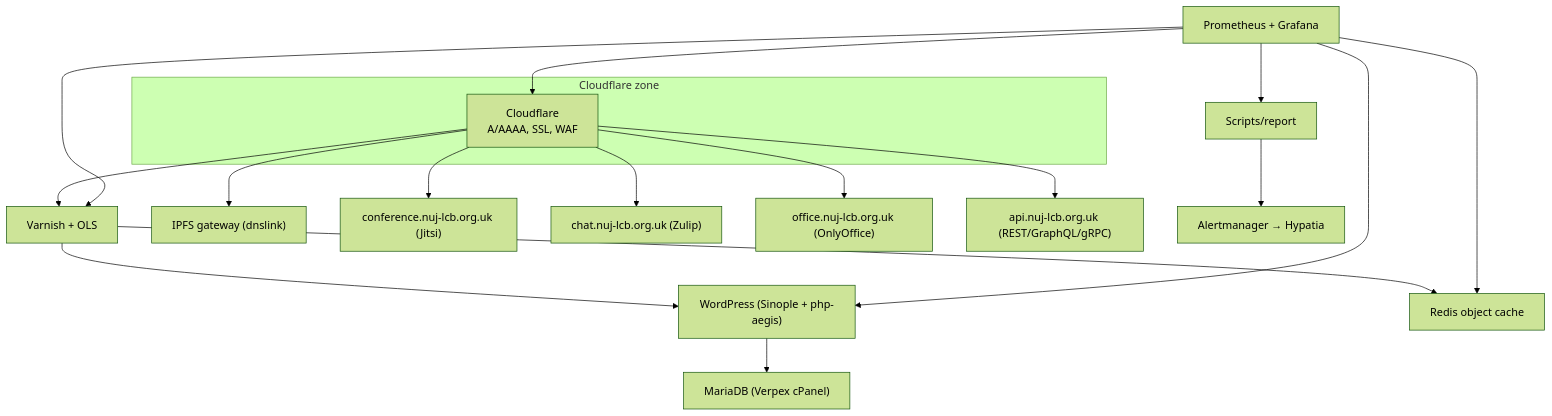
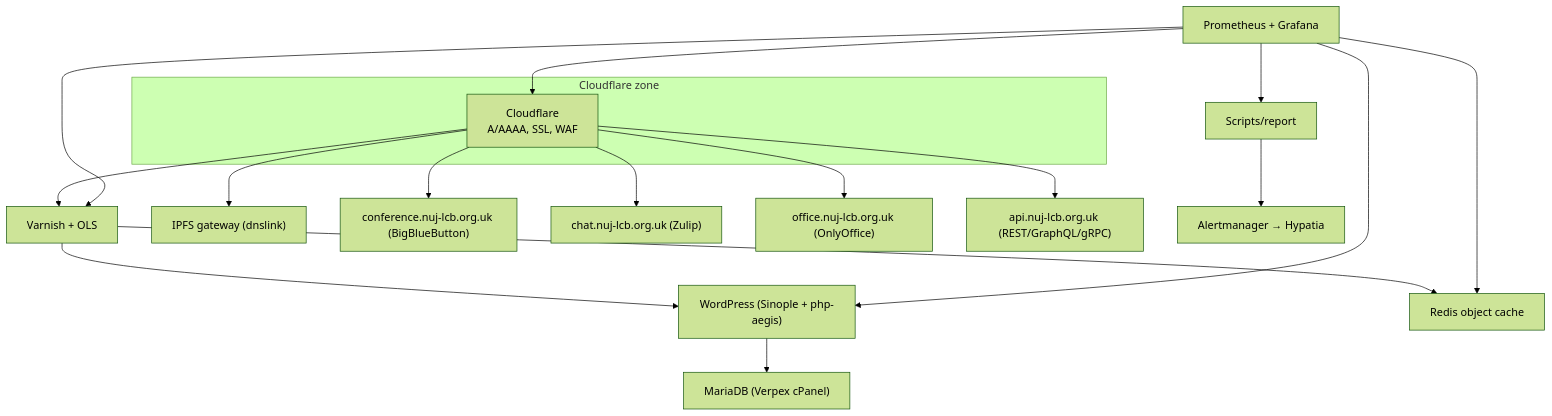
The diagram in business/public_relations/presentations/topology.adoc (hyperpolymath/lcb-website), drawn with Mermaid (forest theme) before and after one commit. The commit also changed other lines of this file and 13 other files, not shown here.

First line of the commit message:
docs: replace Jitsi with BigBlueButton and condense TOPOLOGY.md

```diff
--- a/business/public_relations/presentations/topology.adoc
+++ b/business/public_relations/presentations/topology.adoc
@@ -14,22 +14,22 @@
 [mermaid]
 ----
 flowchart TB
   subgraph Cloudflare zone
     CF["Cloudflare
 A/AAAA, SSL, WAF" ]
   end
   CF --> V[Varnish + OLS]
   V --> WP["WordPress (Sinople + php-aegis)"]
   V --> Redis["Redis object cache"]
   CF --> IPFS["IPFS gateway (dnslink)"]
-  CF --> Conference["conference.nuj-lcb.org.uk (Jitsi)"]
+  CF --> Conference["conference.nuj-lcb.org.uk (BigBlueButton)"]
   CF --> Chat["chat.nuj-lcb.org.uk (Zulip)"]
   CF --> Office["office.nuj-lcb.org.uk (OnlyOffice)"]
   CF --> API["api.nuj-lcb.org.uk (REST/GraphQL/gRPC)"]
   WP --> DB["MariaDB (Verpex cPanel)"]
   VP["Prometheus + Grafana"] --> CF
   VP --> V
   VP --> WP
   VP --> Redis
   VP --> Monitoring["Scripts/report"]; Monitoring --> Alert["Alertmanager → Hypatia"]
 ----
```
